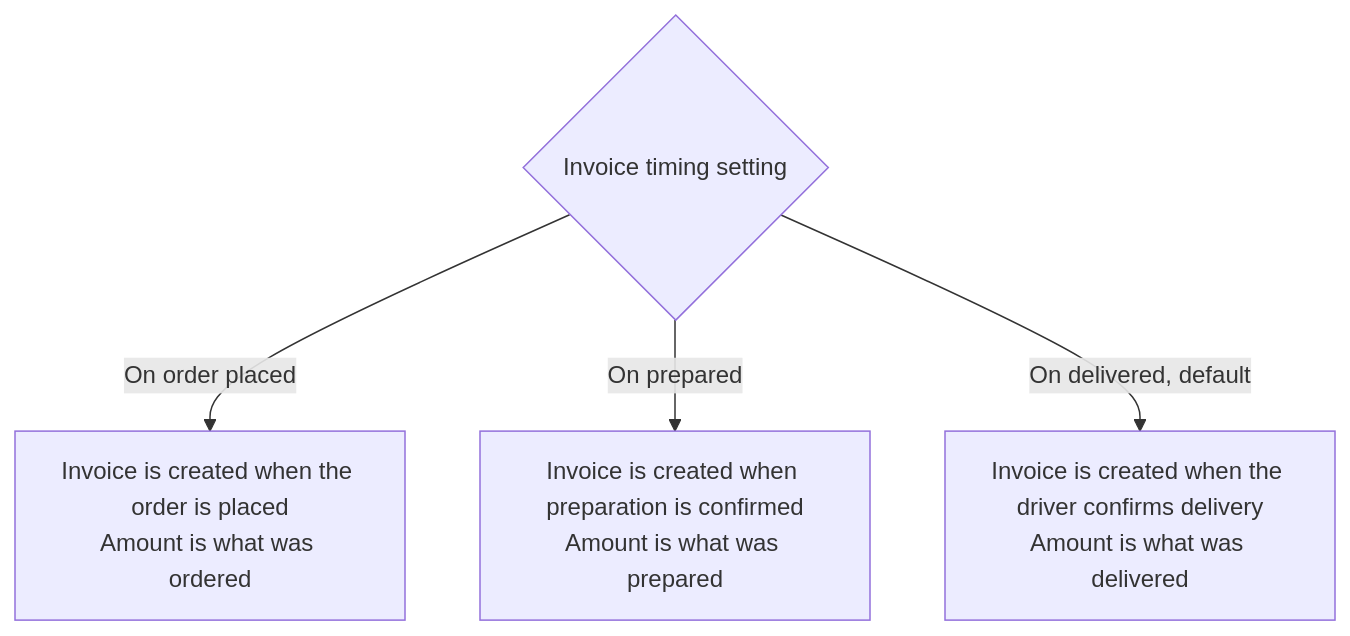
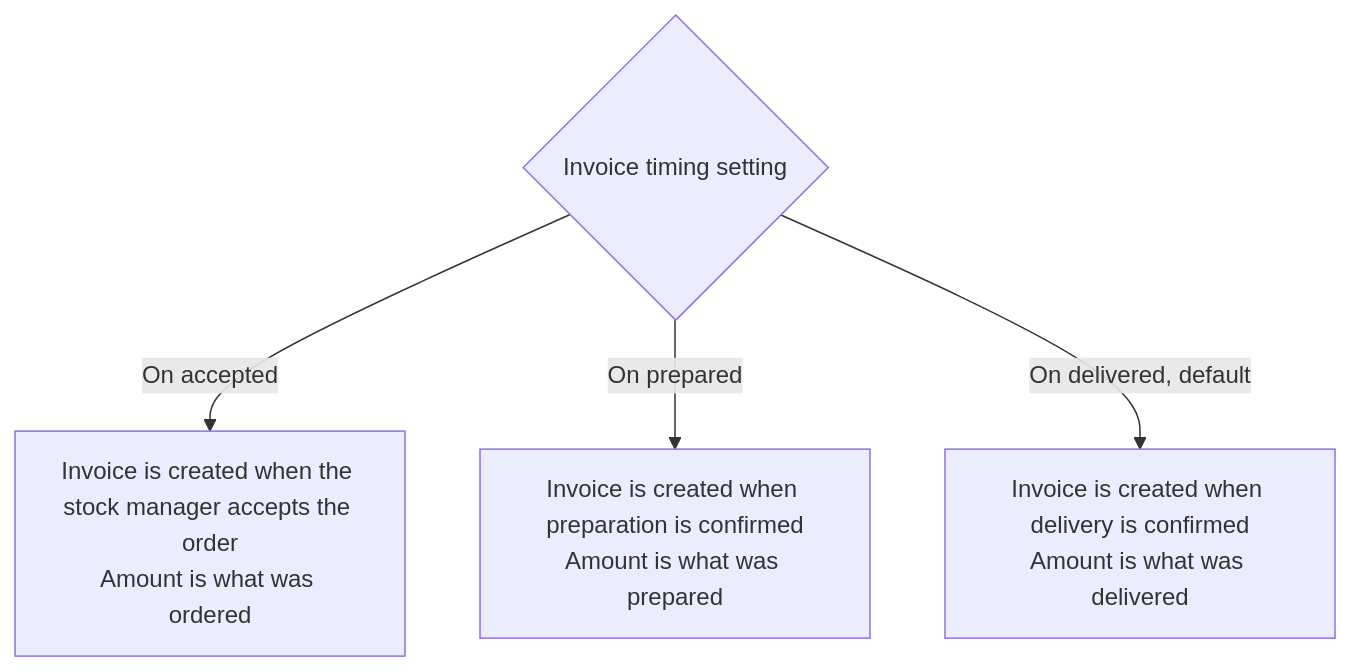
One commit to AhmedElnagarUU/Cosmo changed the second of 7 diagrams in docs/workflows/05-invoices-and-payments.md. Above: the diagram before and after it, drawn with Mermaid. The commit also changed other lines of this file and 33 other files, not shown here.

````diff
--- a/docs/workflows/05-invoices-and-payments.md
+++ b/docs/workflows/05-invoices-and-payments.md
@@ -7,7 +31,7 @@
 ```mermaid
 flowchart TD
     S{Invoice timing setting}
-    S -- On order placed --> A[Invoice is created when the order is placed<br/>Amount is what was ordered]
+    S -- On accepted --> A[Invoice is created when the stock manager accepts the order<br/>Amount is what was ordered]
     S -- On prepared --> B[Invoice is created when preparation is confirmed<br/>Amount is what was prepared]
-    S -- On delivered, default --> C[Invoice is created when the driver confirms delivery<br/>Amount is what was delivered]
+    S -- On delivered, default --> C[Invoice is created when delivery is confirmed<br/>Amount is what was delivered]
 ```
````
